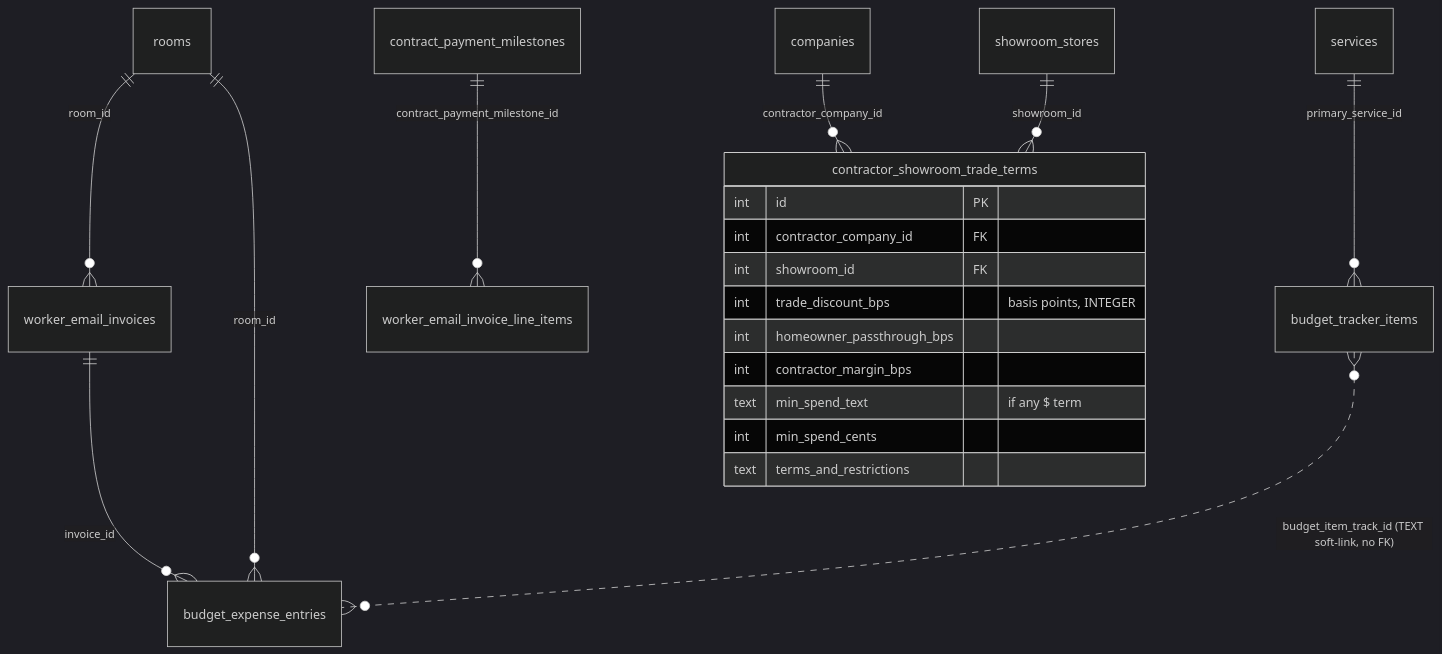
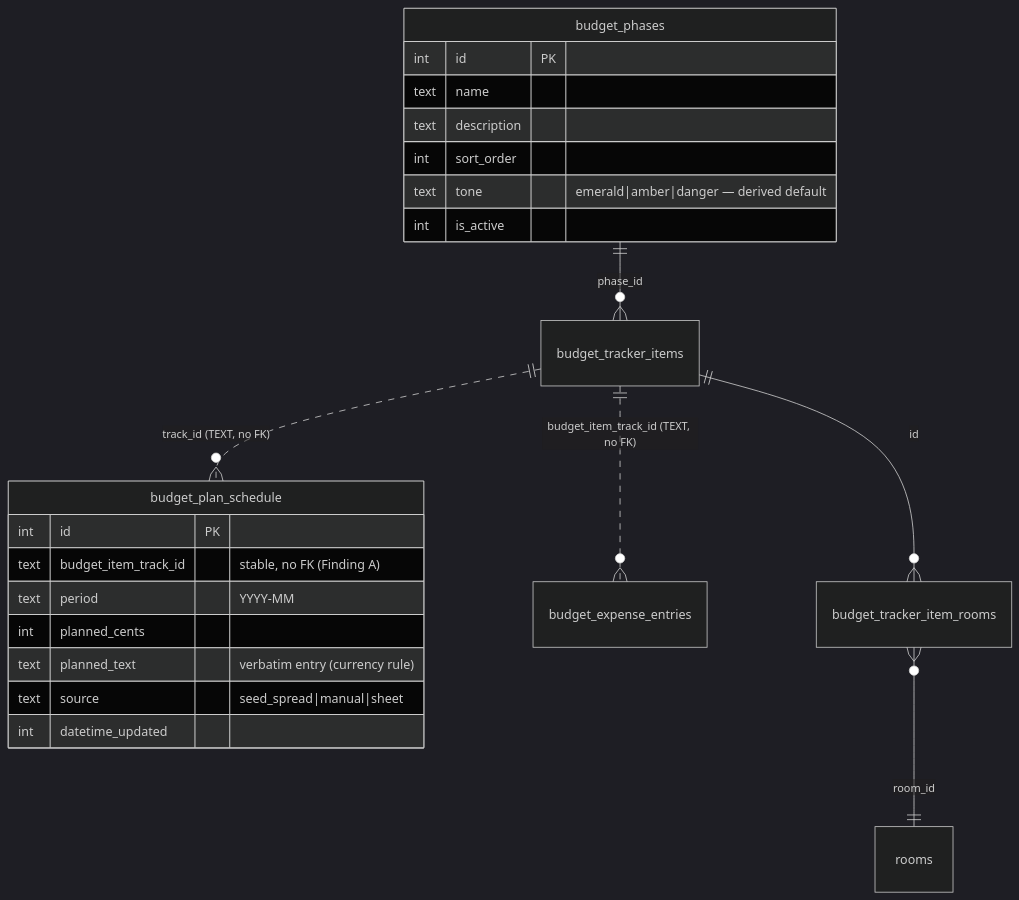
The third of 4 diagrams in docs/0035_budget_procurement_graph/IMPLEMENTATION_PLAN.md (jmbish04/core-remodel), drawn with Mermaid (dark theme) before and after one commit. The commit also changed other lines of this file and 3 other files, not shown here.

First line of the commit message:
docs(0035): expand budget-procurement-graph into grid + workbench umbrella plan

````diff
--- a/docs/0035_budget_procurement_graph/IMPLEMENTATION_PLAN.md
+++ b/docs/0035_budget_procurement_graph/IMPLEMENTATION_PLAN.md
@@ -54,22 +91,25 @@
 ```mermaid
 erDiagram
-    rooms ||--o{ worker_email_invoices : room_id
-    contract_payment_milestones ||--o{ worker_email_invoice_line_items : contract_payment_milestone_id
-    rooms ||--o{ budget_expense_entries : room_id
-    worker_email_invoices ||--o{ budget_expense_entries : invoice_id
-    services ||--o{ budget_tracker_items : primary_service_id
-    companies ||--o{ contractor_showroom_trade_terms : contractor_company_id
-    showroom_stores ||--o{ contractor_showroom_trade_terms : showroom_id
-    budget_tracker_items }o..o{ budget_expense_entries : "budget_item_track_id (TEXT soft-link, no FK)"
-    contractor_showroom_trade_terms {
-      int id PK
-      int contractor_company_id FK
-      int showroom_id FK
-      int trade_discount_bps "basis points, INTEGER"
-      int homeowner_passthrough_bps
-      int contractor_margin_bps
-      text min_spend_text "if any $ term"
-      int min_spend_cents
-      text terms_and_restrictions
-    }
+  budget_phases ||--o{ budget_tracker_items : phase_id
+  budget_tracker_items ||..o{ budget_plan_schedule : "track_id (TEXT, no FK)"
+  budget_tracker_items ||..o{ budget_expense_entries : "budget_item_track_id (TEXT, no FK)"
+  budget_tracker_items ||--o{ budget_tracker_item_rooms : id
+  budget_tracker_item_rooms }o--|| rooms : room_id
+  budget_phases {
+    int id PK
+    text name
+    text description
+    int sort_order
+    text tone "emerald|amber|danger — derived default"
+    int is_active
+  }
+  budget_plan_schedule {
+    int id PK
+    text budget_item_track_id "stable, no FK (Finding A)"
+    text period "YYYY-MM"
+    int planned_cents
+    text planned_text "verbatim entry (currency rule)"
+    text source "seed_spread|manual|sheet"
+    int datetime_updated
+  }
 ```
````
